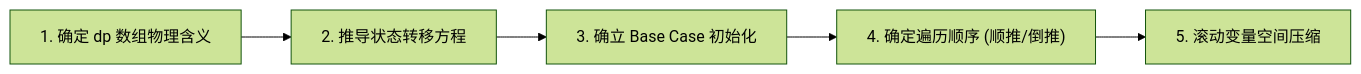
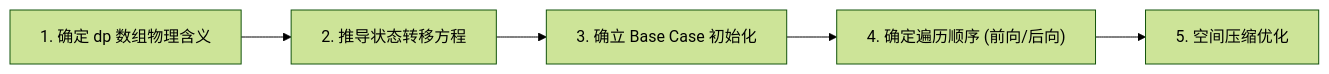
Before and after one commit to GuoWWWX/knowledge-base: the second of 2 diagrams in 30-算法与数据结构/02-算法思想/09-动态规划入门.md, drawn with Mermaid (forest theme). The commit also changed other lines of this file and 7 other files, not shown here.

````diff
--- a/30-算法与数据结构/02-算法思想/09-动态规划入门.md
+++ b/30-算法与数据结构/02-算法思想/09-动态规划入门.md
@@ -68,7 +114,7 @@
 ```mermaid
 flowchart LR
     Step1["1. 确定 dp 数组物理含义"] --> Step2["2. 推导状态转移方程"]
     Step2 --> Step3["3. 确立 Base Case 初始化"]
-    Step3 --> Step4["4. 确定遍历顺序 (顺推/倒推)"]
-    Step4 --> Step5["5. 滚动变量空间压缩"]
+    Step3 --> Step4["4. 确定遍历顺序 (前向/后向)"]
+    Step4 --> Step5["5. 空间压缩优化"]
 ```
````
